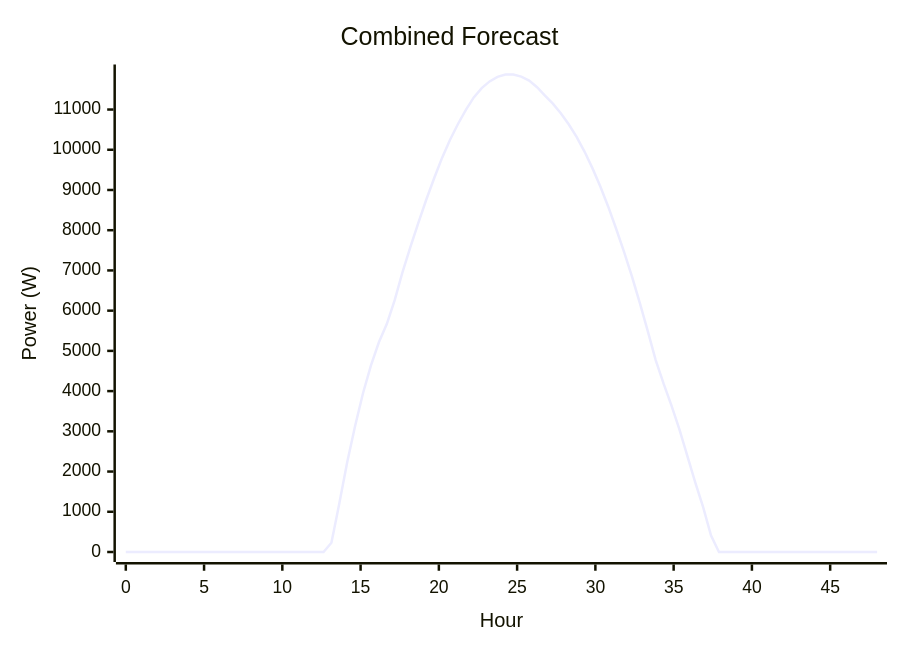
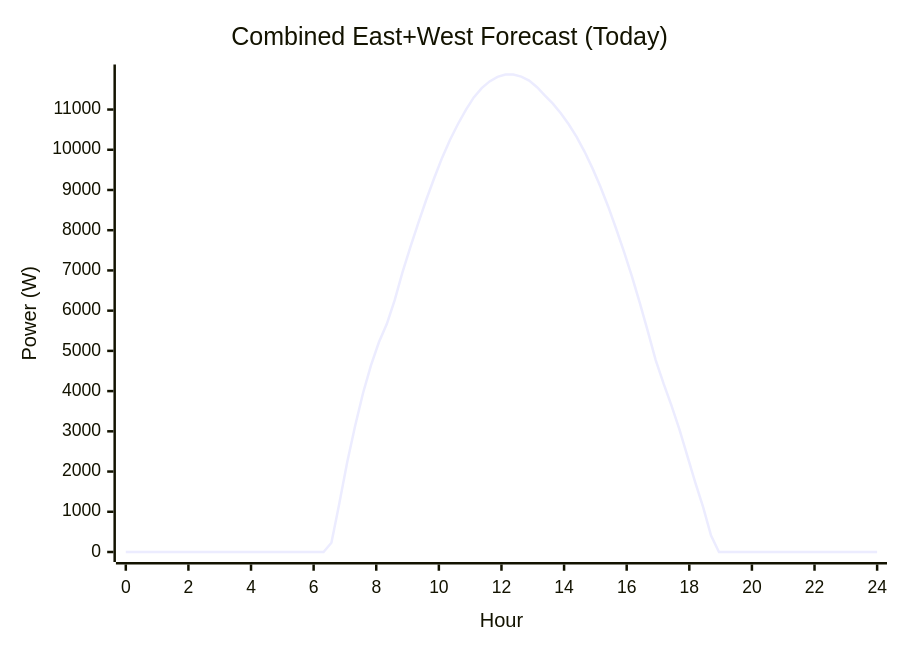
The second of 6 diagrams in docs/user-guide/forecasts-and-sensors.md (hass-energy/haeo), drawn with Mermaid before and after one commit. The commit also changed other lines of this file and 7 other files, not shown here.

Commit message:
Go to using the normal mermaid config

````diff
--- a/docs/user-guide/forecasts-and-sensors.md
+++ b/docs/user-guide/forecasts-and-sensors.md
@@ -155,7 +154,7 @@
 ```mermaid
 xychart-beta
-    title "Combined Forecast"
-    x-axis "Hour" 0 --> 48
+    title "Combined East+West Forecast (Today)"
+    x-axis "Hour" 0 --> 24
     y-axis "Power (W)"
     line [0, 0, 0, 0, 0, 0, 0, 0, 0, 0, 0, 0, 0, 0, 0, 0, 0, 0, 0, 0, 0, 0, 0, 0, 0, 0, 230, 1210, 2238, 3140, 3954, 4638, 5215, 5667, 6261, 6966, 7591, 8189, 8763, 9297, 9804, 10251, 10641, 10993, 11301, 11533, 11699, 11813, 11869, 11871, 11820, 11720, 11555, 11347, 11146, 10906, 10635, 10320, 9955, 9543, 9086, 8585, 8037, 7463, 6849, 6188, 5490, 4772, 4184, 3639, 3048, 2389, 1732, 1115, 407, 0, 0, 0, 0, 0, 0, 0, 0, 0, 0, 0, 0, 0, 0, 0, 0, 0, 0, 0, 0, 0]
 ```
````
